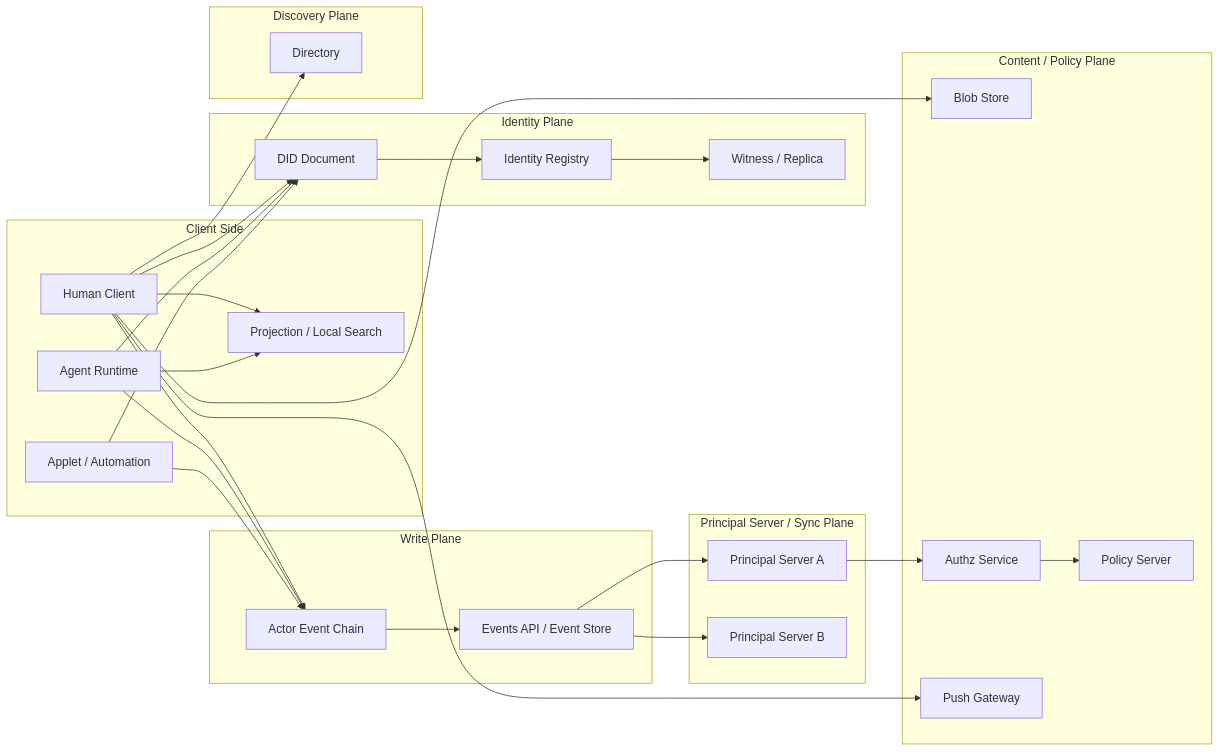
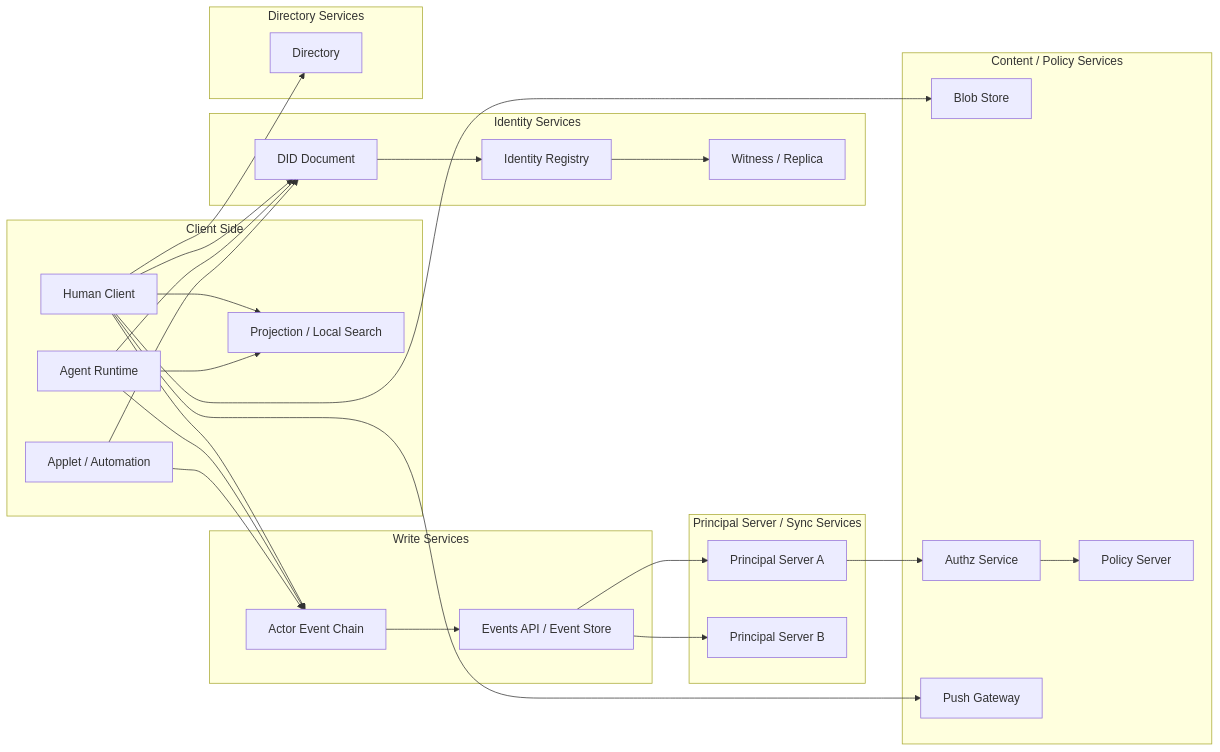
The second of 2 diagrams in spec/v1/zh/overview/architecture.md (arkret-org/arkret-spec), drawn with Mermaid before and after one commit. The commit also changed other lines of this file and 110 other files, not shown here.

````diff
--- a/spec/v1/zh/overview/architecture.md
+++ b/spec/v1/zh/overview/architecture.md
@@ -321,58 +321,58 @@
 ```mermaid
 flowchart LR
     subgraph "Client Side"
         C1["Human Client"]
         C2["Agent Runtime"]
         C3["Applet / Automation"]
         CQ["Projection / Local Search"]
     end
 
-    subgraph "Identity Plane"
+    subgraph "Identity Services"
         DID["DID Document"]
         REG["Identity Registry"]
         WIT["Witness / Replica"]
     end
 
-    subgraph "Write Plane"
+    subgraph "Write Services"
         EV["Actor Event Chain"]
         ER["Events API / Event Store"]
     end
 
-    subgraph "Principal Server / Sync Plane"
+    subgraph "Principal Server / Sync Services"
         PS1["Principal Server A"]
         PS2["Principal Server B"]
     end
 
-    subgraph "Discovery Plane"
+    subgraph "Directory Services"
         DIR["Directory"]
     end
 
-    subgraph "Content / Policy Plane"
+    subgraph "Content / Policy Services"
         BLOB["Blob Store"]
         AUTHZ["Authz Service"]
         POL["Policy Server"]
         PUSH["Push Gateway"]
     end
 
     C1 --> DID
     C2 --> DID
     C3 --> DID
     DID --> REG
     REG --> WIT
 
     C1 --> EV
     C2 --> EV
     C3 --> EV
     EV --> ER
     ER --> PS1
     ER --> PS2
 
     C1 --> CQ
     C2 --> CQ
     C1 --> DIR
     C1 --> BLOB
 
     PS1 --> AUTHZ
     AUTHZ --> POL
     C1 --> PUSH
 ```
````
